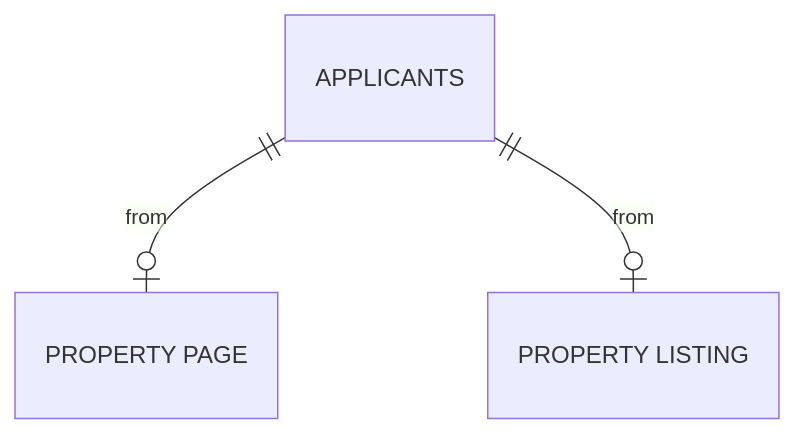
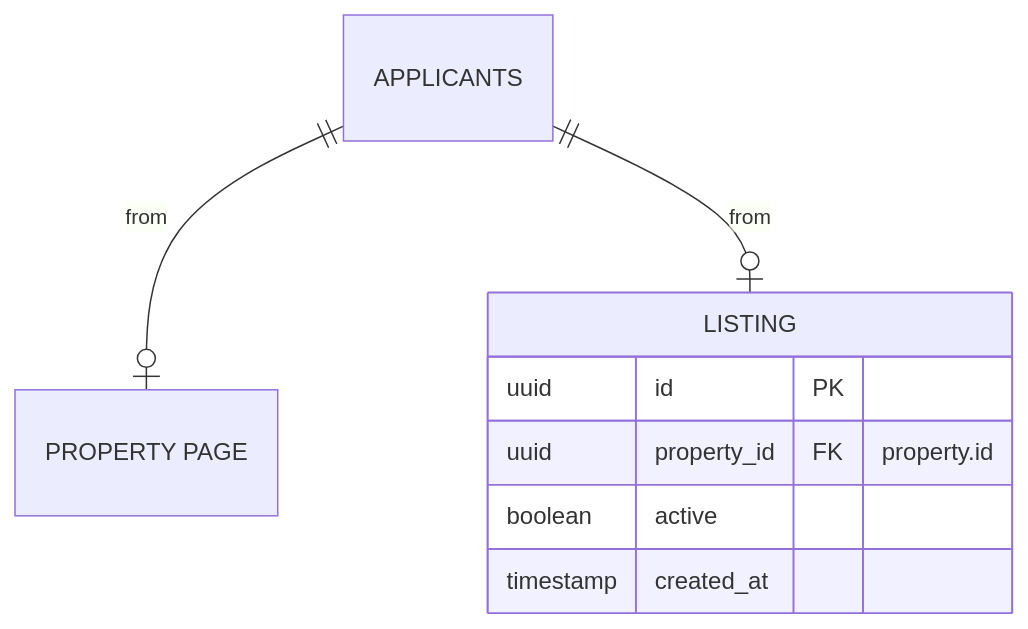
The third of 3 diagrams in docs/ERD.md (UpBrewTech/project-leasa), drawn with Mermaid before and after one commit. The commit also changed other lines of this file, not shown here.

Commit message:
minor update

````diff
--- a/docs/ERD.md
+++ b/docs/ERD.md
@@ -97,6 +92,13 @@
 ```mermaid
 erDiagram
 
+LISTING {
+    uuid id PK
+    uuid property_id FK "property.id"
+    boolean active
+    timestamp created_at
+}
+
 APPLICANTS ||--o| "PROPERTY PAGE" : "from"
-APPLICANTS ||--o| "PROPERTY LISTING" : "from"
+APPLICANTS ||--o| "LISTING" : "from"
 ```
````
